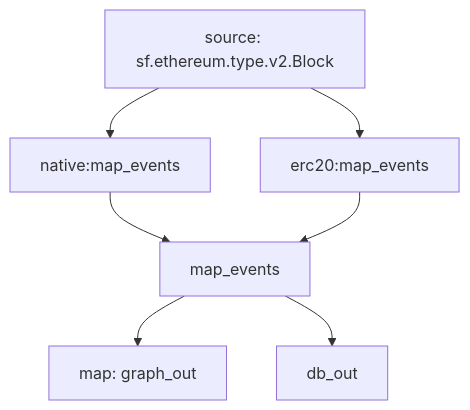
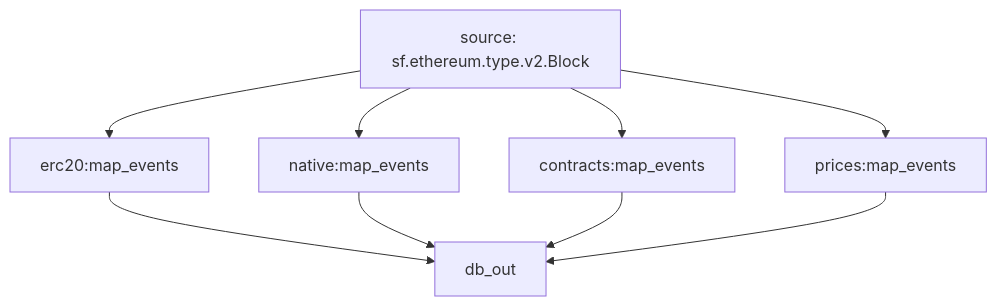
The diagram in README.md (streamingfast/substreams-erc20-balance-changes), drawn with Mermaid before and after one commit. The commit also changed other lines of this file and 14 other files, not shown here.

````diff
--- a/README.md
+++ b/README.md
@@ -24,11 +23,9 @@
 ```mermaid
 graph TD;
-  graph_out[map: graph_out];
-  native:map_events --> map_events;
-  erc20:map_events --> map_events;
+  Block[source: sf.ethereum.type.v2.Block]
 
-  map_events --> graph_out;
-  map_events --> db_out;
-  sf.ethereum.type.v2.Block[source: sf.ethereum.type.v2.Block] --> erc20:map_events;
-  sf.ethereum.type.v2.Block[source: sf.ethereum.type.v2.Block] --> native:map_events;
+  Block --> erc20:map_events --> db_out;
+  Block --> native:map_events --> db_out;
+  Block --> contracts:map_events --> db_out;
+  Block --> prices:map_events --> db_out;
 ```
````
